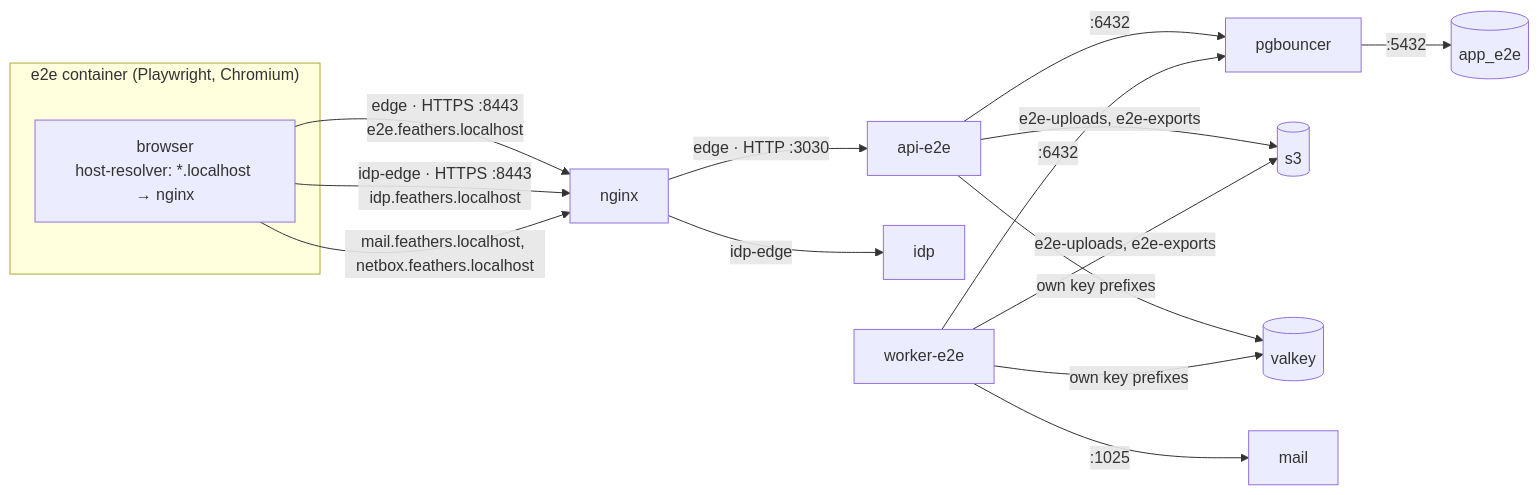
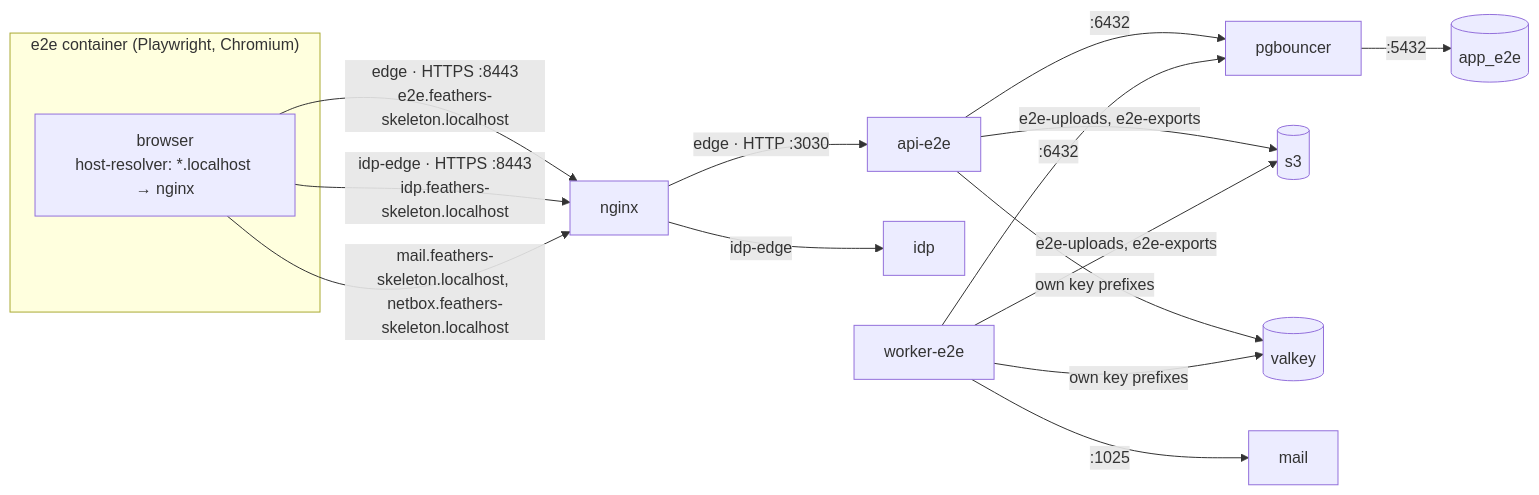
One commit to rabalyn/feathers-skeleton-stack changed the second of 3 diagrams in docs/adr_v2/diagrams/testing.md. Above: the diagram before and after it, drawn with Mermaid. The commit also changed other lines of this file and 23 other files, not shown here.

First line of the commit message:
feat(stack): name the skeleton's project feathers-skeleton (ADR 0035)

````diff
--- a/docs/adr_v2/diagrams/testing.md
+++ b/docs/adr_v2/diagrams/testing.md
@@ -35,19 +35,19 @@
 ```mermaid
 flowchart LR
   subgraph e2eBox["e2e container (Playwright, Chromium)"]
     pw["browser<br>host-resolver: *.localhost → nginx"]
   end
 
-  pw -->|"edge · HTTPS :8443<br>e2e.feathers.localhost"| nginx["nginx"]
-  pw -->|"idp-edge · HTTPS :8443<br>idp.feathers.localhost"| nginx
-  pw -->|"mail.feathers.localhost, netbox.feathers.localhost"| nginx
+  pw -->|"edge · HTTPS :8443<br>e2e.feathers-skeleton.localhost"| nginx["nginx"]
+  pw -->|"idp-edge · HTTPS :8443<br>idp.feathers-skeleton.localhost"| nginx
+  pw -->|"mail.feathers-skeleton.localhost, netbox.feathers-skeleton.localhost"| nginx
 
   nginx -->|"edge · HTTP :3030"| apiE2e["api-e2e"]
   nginx -->|"idp-edge"| idp["idp"]
 
   apiE2e -->|":6432"| pgb["pgbouncer"] -->|":5432"| appE2e[("app_e2e")]
   workerE2e["worker-e2e"] -->|":6432"| pgb
   apiE2e & workerE2e -->|"e2e-uploads, e2e-exports"| s3[("s3")]
   apiE2e & workerE2e -->|"own key prefixes"| valkey[("valkey")]
   workerE2e -->|":1025"| mail["mail"]
 ```
````
